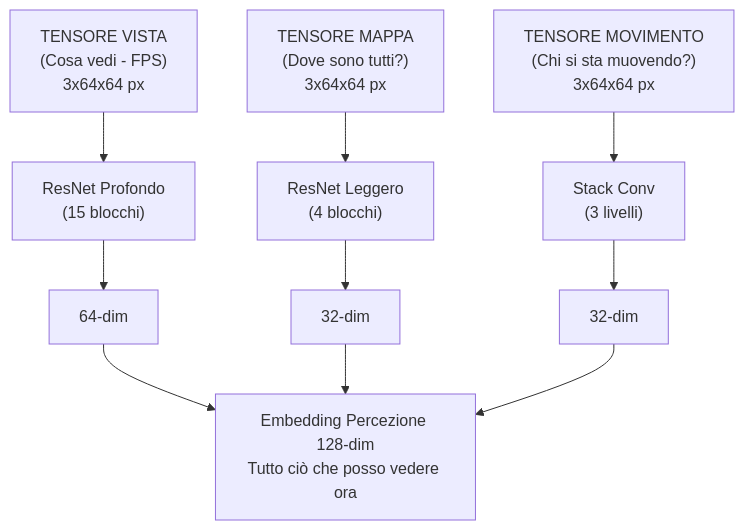
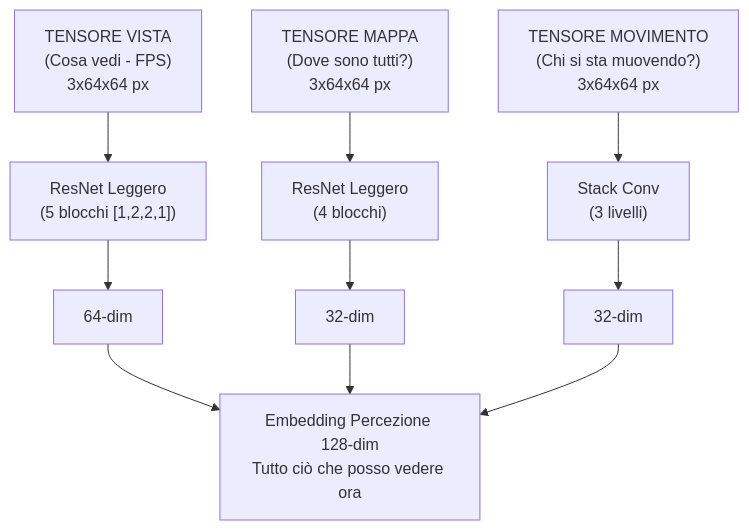
Before and after one commit to renanaugustomacena-ux/Counter-Strike-coach-AI: diagram 19 of 27 in docs/AI-cs2-coach-part1.md, drawn with Mermaid. The commit also changed other lines of this file and 158 other files, not shown here.

````diff
--- a/docs/AI-cs2-coach-part1.md
+++ b/docs/AI-cs2-coach-part1.md
@@ -759,12 +760,12 @@
 ```mermaid
 flowchart TB
-    VIEW["TENSORE VISTA<br/>(Cosa vedi - FPS)<br/>3x64x64 px"] --> RND["ResNet Profondo<br/>(15 blocchi)"]
+    VIEW["TENSORE VISTA<br/>(Cosa vedi - FPS)<br/>3x64x64 px"] --> RND["ResNet Leggero<br/>(5 blocchi [1,2,2,1])"]
     MAP["TENSORE MAPPA<br/>(Dove sono tutti?)<br/>3x64x64 px"] --> RNL["ResNet Leggero<br/>(4 blocchi)"]
     MOTION["TENSORE MOVIMENTO<br/>(Chi si sta muovendo?)<br/>3x64x64 px"] --> CS["Stack Conv<br/>(3 livelli)"]
     RND --> D64["64-dim"]
     RNL --> D32A["32-dim"]
     CS --> D32B["32-dim"]
     D64 --> PE["Embedding Percezione 128-dim<br/>Tutto ciò che posso vedere ora"]
     D32A --> PE
     D32B --> PE
 ```
````
